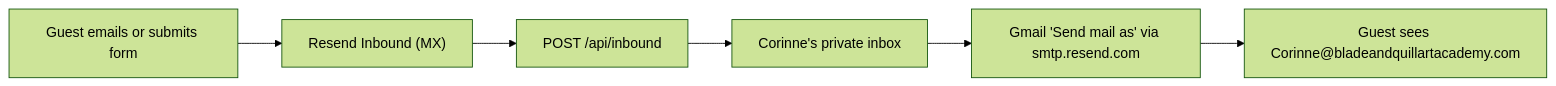
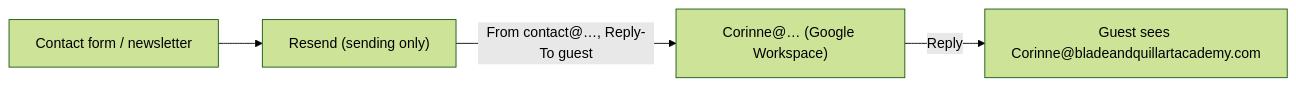
One commit to njt-design/blade-quill-art-academy changed the diagram in docs/email-reply-privacy.md. Above: the diagram before and after it, drawn with Mermaid (forest theme). The commit also changed other lines of this file and 158 other files, not shown here.

````diff
--- a/docs/email-reply-privacy.md
+++ b/docs/email-reply-privacy.md
@@ -15,8 +11,6 @@
 ```mermaid
 flowchart LR
-    Guest[Guest emails or submits form] --> Inbound["Resend Inbound (MX)"]
-    Inbound --> Webhook["POST /api/inbound"]
-    Webhook --> Personal[Corinne's private inbox]
-    Personal --> SendAs["Gmail 'Send mail as' via smtp.resend.com"]
-    SendAs --> Guest2["Guest sees Corinne@bladeandquillartacademy.com"]
+    Form[Contact form / newsletter] --> Resend["Resend (sending only)"]
+    Resend -->|"From contact@…, Reply-To guest"| Inbox["Corinne@… (Google Workspace)"]
+    Inbox -->|Reply| Guest["Guest sees Corinne@bladeandquillartacademy.com"]
 ```
````
